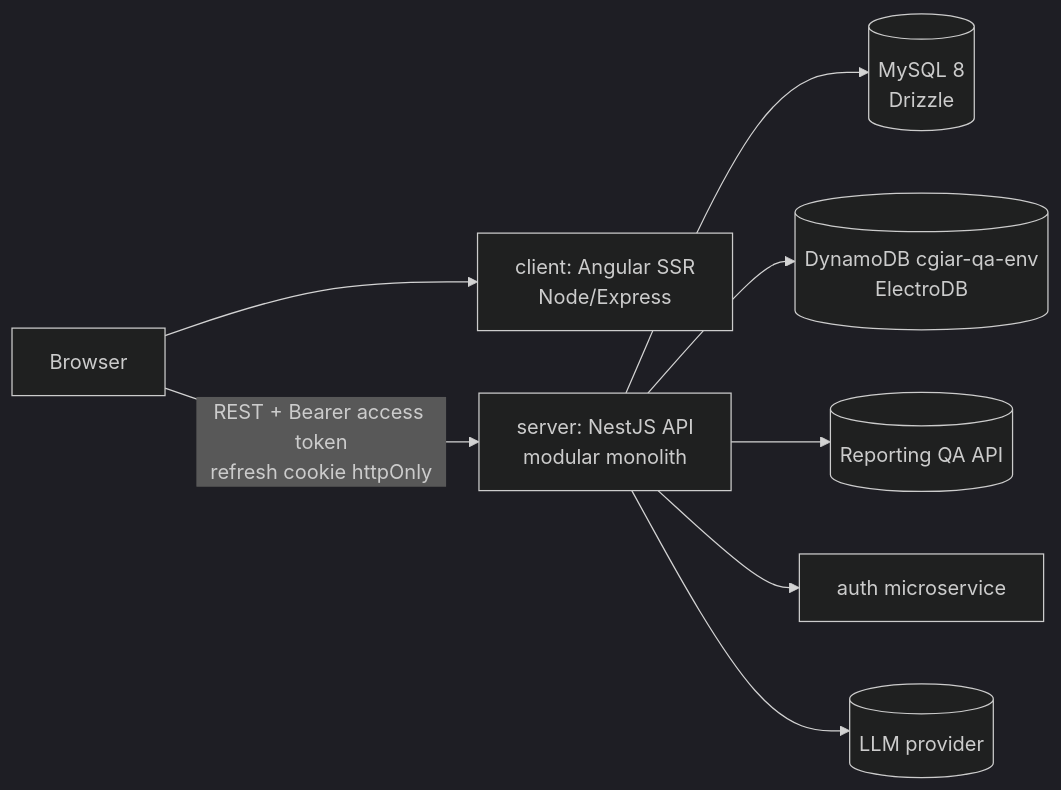
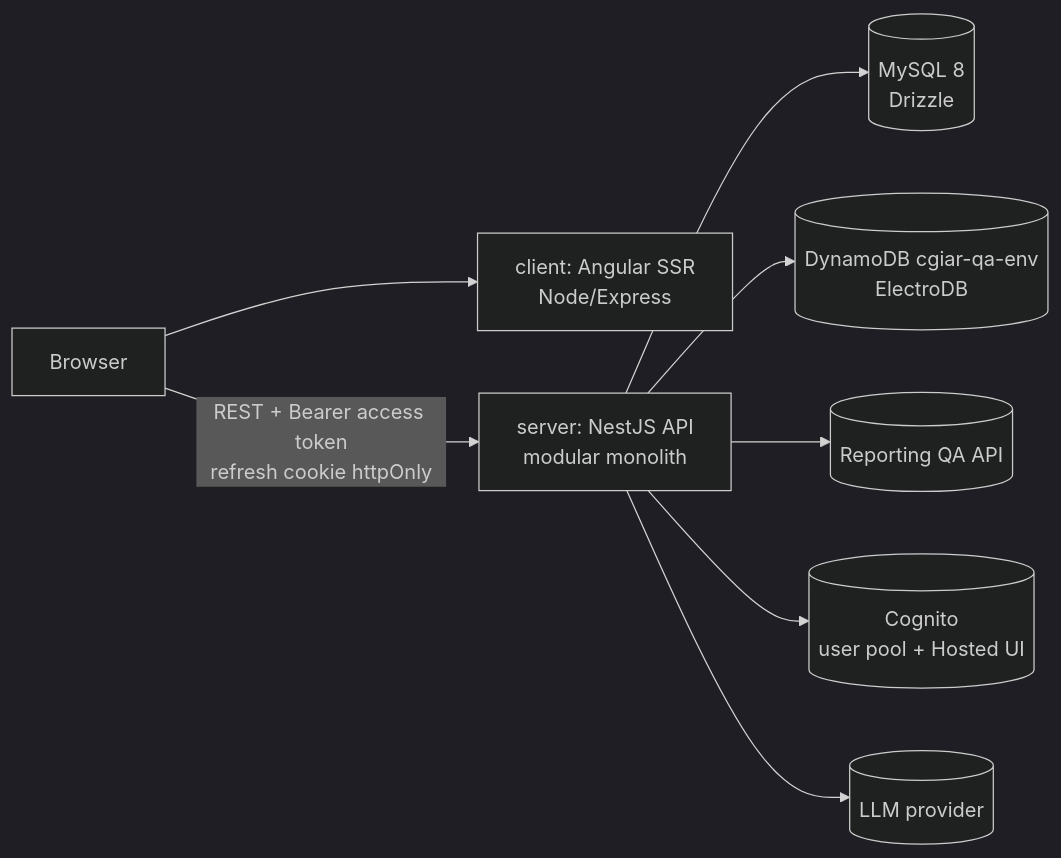
The second of 2 diagrams in docs/trd/trd.md (AllianceBioversityCIAT/onecgiar_qa), drawn with Mermaid (dark theme) before and after one commit. The commit also changed other lines of this file and 1 other file, not shown here.

Commit message:
📝 docs(auth) P2-3954: sync TRD and infrastructure with the Cognito-native session (direct Cognito, DD-11)

````diff
--- a/docs/trd/trd.md
+++ b/docs/trd/trd.md
@@ -55,10 +51,10 @@
 ```mermaid
 flowchart LR
   B[Browser] --> FE[client: Angular SSR<br/>Node/Express]
   B -->|REST + Bearer access token<br/>refresh cookie httpOnly| API[server: NestJS API<br/>modular monolith]
   API --> MY[(MySQL 8<br/>Drizzle)]
   API --> DY[(DynamoDB cgiar-qa-env<br/>ElectroDB)]
   API --> RT[(Reporting QA API)]
-  API --> AUTH[auth microservice]
+  API --> COG[(Cognito<br/>user pool + Hosted UI)]
   API --> AI[(LLM provider)]
 ```
````
